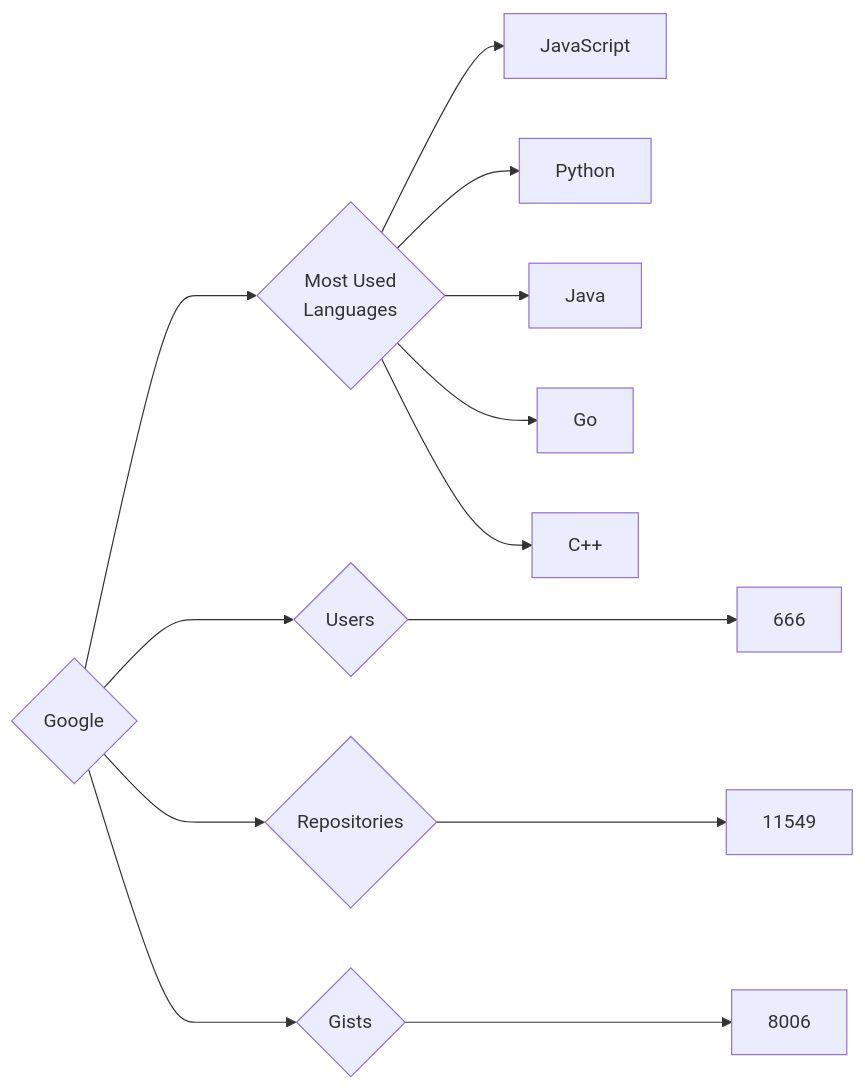
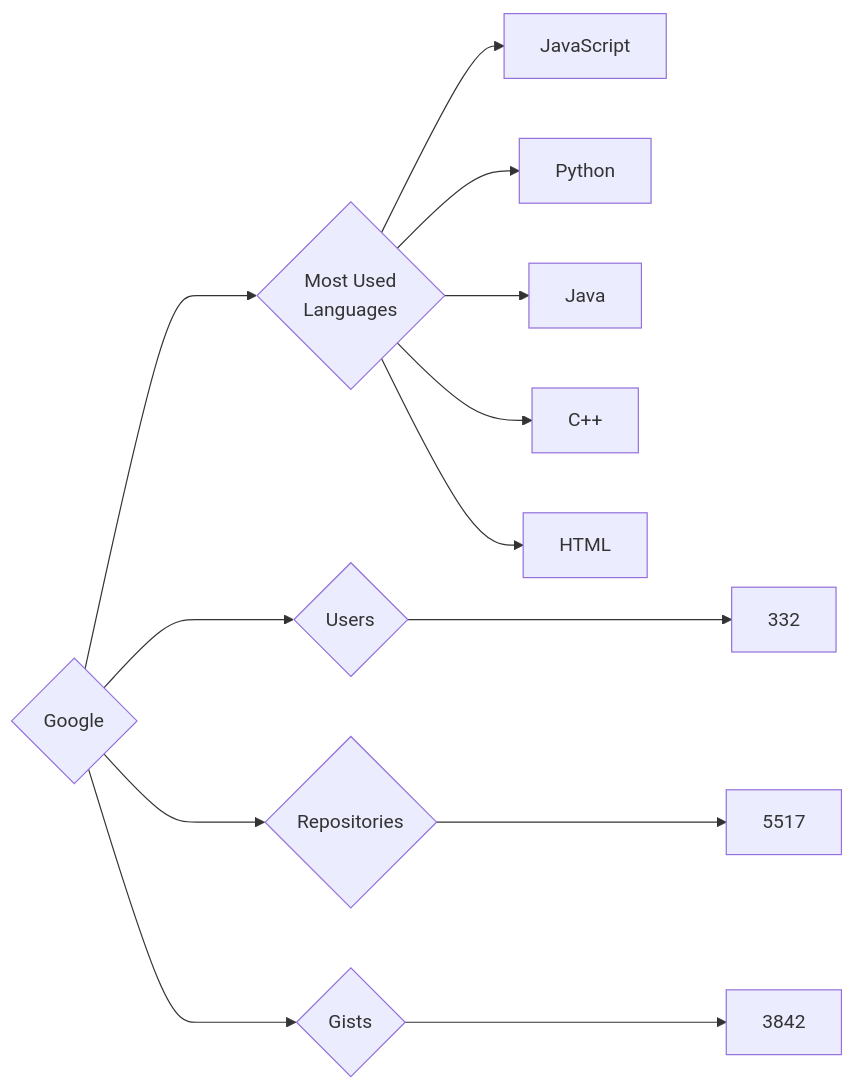
The diagram in targets/Google/README.md (trickest/insiders), drawn with Mermaid before and after one commit. The commit also changed 610 other files, not shown here.

````diff
--- a/targets/Google/README.md
+++ b/targets/Google/README.md
@@ -3,13 +3,13 @@
 ```mermaid
 graph LR
 COMPANY_NAME{Google}
-COMPANY_NAME ---> U{Users} ---> UN[666]
-COMPANY_NAME ---> R{Repositories} ---> RN[11549]
-COMPANY_NAME ---> G{Gists} ---> GN[8006]
+COMPANY_NAME ---> U{Users} ---> UN[332]
+COMPANY_NAME ---> R{Repositories} ---> RN[5517]
+COMPANY_NAME ---> G{Gists} ---> GN[3842]
 COMPANY_NAME ---> ML{Most Used<br>Languages}
 ML --> JavaScript[JavaScript]
 ML --> Python[Python]
 ML --> Java[Java]
-ML --> Go[Go]
 ML --> C++[C++]
+ML --> HTML[HTML]
 ```
````
